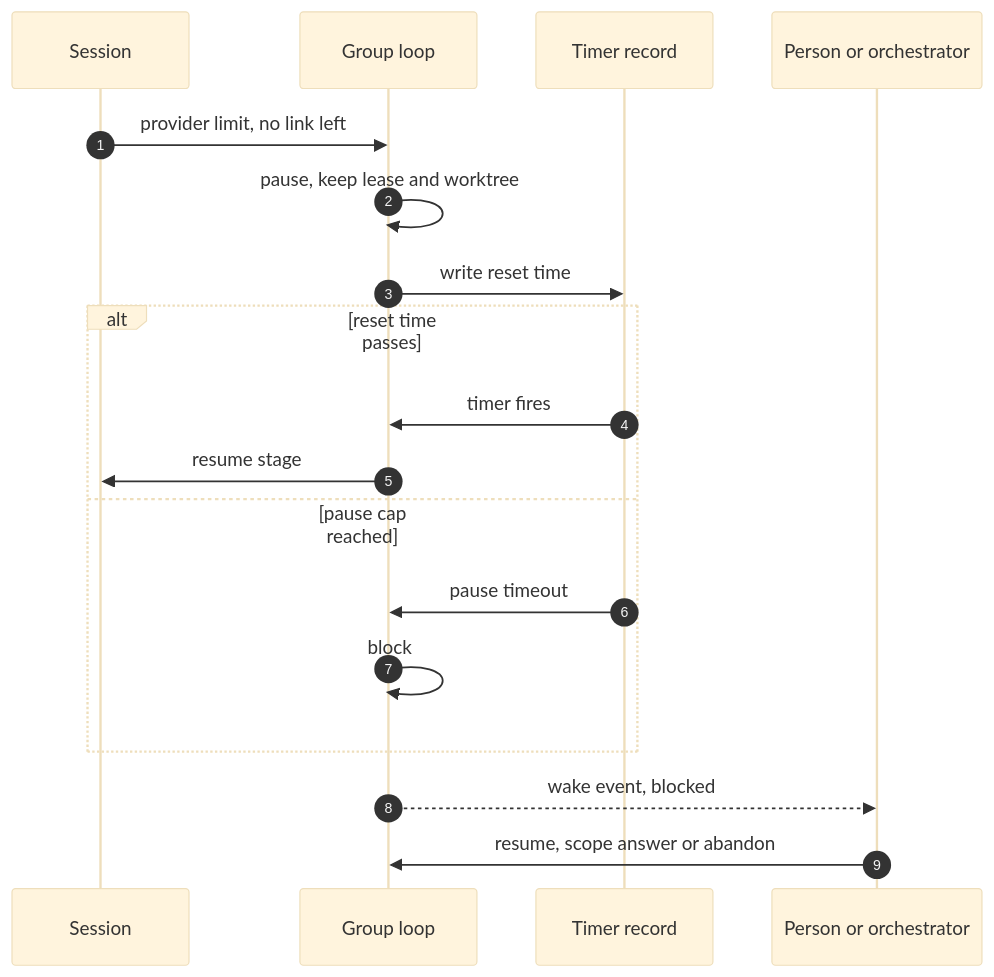
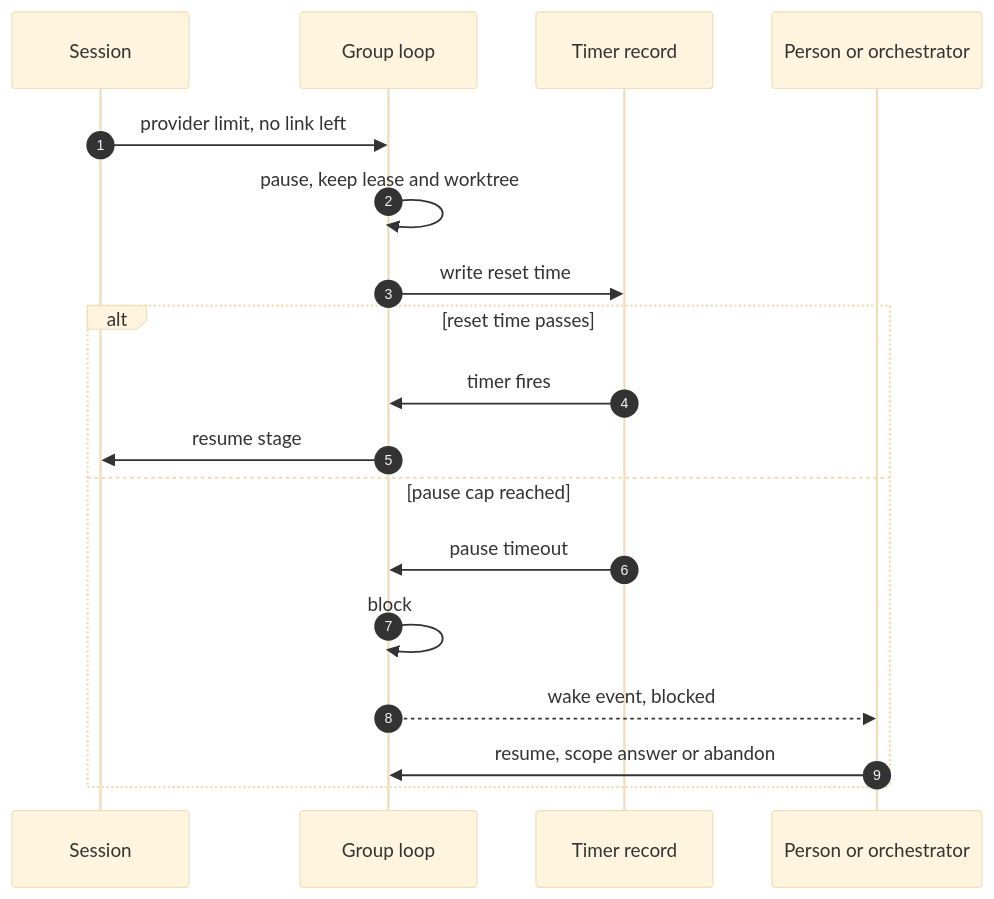
One commit to rdevitto86/komodo-agentic-harness-coding changed diagram 35 of 45 in docs/hld.md. Above: the diagram before and after it, drawn with Mermaid (base theme). The commit also changed other lines of this file, not shown here.

````diff
--- a/docs/hld.md
+++ b/docs/hld.md
@@ -1618,20 +1617,20 @@
 ```mermaid
 sequenceDiagram
   autonumber
   participant X as Session
   participant E as Group loop
   participant T as Timer record
   participant H as Person or orchestrator
   X->>E: provider limit, no link left
   E->>E: pause, keep lease and worktree
   E->>T: write reset time
   alt reset time passes
     T->>E: timer fires
     E->>X: resume stage
   else pause cap reached
     T->>E: pause timeout
     E->>E: block
+    E-->>H: wake event, blocked
+    H->>E: resume, scope answer or abandon
   end
-  E-->>H: wake event, blocked
-  H->>E: resume, scope answer or abandon
 ```
````
